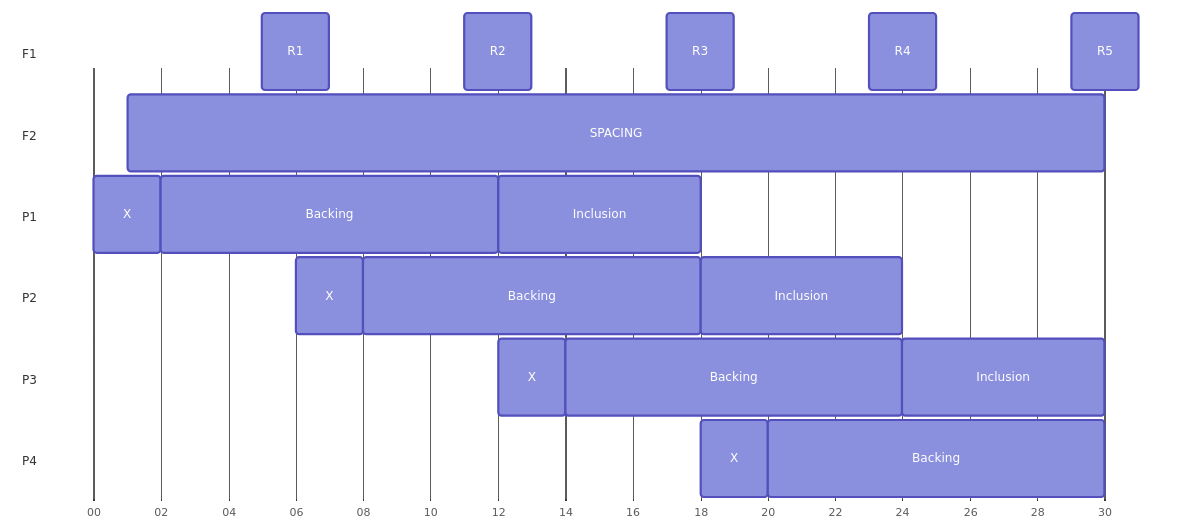
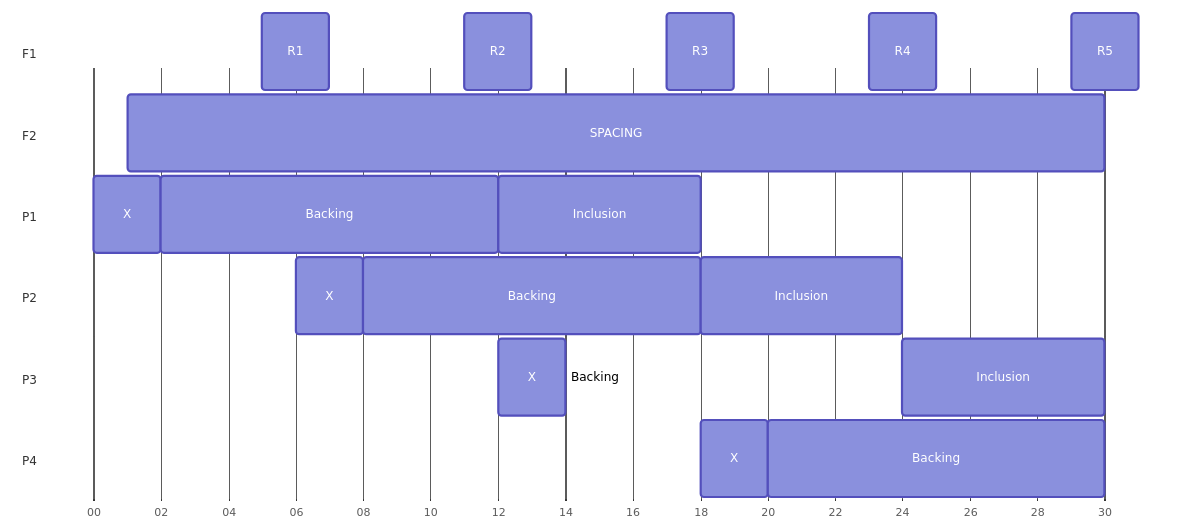
The second of 2 diagrams in reference/parachains/consensus/async-backing.md (polkadot-developers/polkadot-docs), drawn with Mermaid before and after one commit. The commit also changed other lines of this file and 1 other file, not shown here.

````diff
--- a/reference/parachains/consensus/async-backing.md
+++ b/reference/parachains/consensus/async-backing.md
@@ -98,74 +102,74 @@
 ```mermaid
 ---
     displayMode: compact
     config:
         themeCSS: "
             #item1 { fill: #450693; stroke: #450693; } \n
             #item2 { fill: #8C00FF; stroke: #8C00FF; } \n
             #item3 { fill: #FFC400; stroke: #FFC400; } \n
             #r     { fill: #eb4172; stroke:none; font-size: 20px; } \n
             svg text { font-size: 20px !important; } \n
             svg .sectionTitle { font-size: 20px !important; } \n    #p1padTop { display: none; } \n
 
             /* Hide ALL task labels by default */
             text.taskText,
             text.taskTextOutside,
             [class*='taskText'] tspan { display: none !important; } \n
 
             /* Show labels for the 'r' group (inside or outside, incl. tspans) */
             text.taskText[id^='r'],
             text.taskTextOutside[id^='r'],
             text[id^='r'] tspan { display: inline !important; font-size: 20px; color: #000 !important; } \n
 
             /* Keep section titles styled */
             .sectionTitle { fill: #000 !important; font-weight: 700; font-size: 18px; } \n
 
             /* Hide the first two section titles (F1, F2). Change indexes if needed. */
             .sectionTitle:nth-of-type(1),
             .sectionTitle:nth-of-type(2) { display: none !important; } \n
 
             /* Also hide SPACING row labels on the left */
             text.taskTextOutside[id^='p1padTop'] { display: none !important; } \n
         "
         themeVariables:
             sectionBkgColor: '#fff'
         gantt:
             numberSectionStyles: 1
             barHeight: 70
             gridLineStartPadding: 100
 ---
 %%{init: {"gantt": {"barHeight": 70 }}}%%
 gantt
     dateFormat YYYY
     axisFormat %y
     tickInterval '10year'
 
     section F1
     R1 : r, 1905, 1907
     R2 : r, 1911, 1913
     R3 : r, 1917, 1919
     R4 : r, 1923, 1925
     R5 : r, 1929, 1931
 
     section F2
     SPACING : p1padTop, 1901, 1930
 
     section P1
     X         : item1, 1900, 1902
     Backing   : item2, 1902, 1912
     Inclusion : item3, 1912, 1918
 
     section P2
     X         : item1, 1906, 1908
     Backing   : item2, 1908, 1918
     Inclusion : item3, 1918, 1924
     
     section P3
     X         : item1, 1912, 1914
-    Backing   : item2, 1914, 1924
+    Backing   : item2, 1914, 1924f
     Inclusion : item3, 1924, 1930
 
     section P4
     X         : item1, 1918, 1920
     Backing   : item2, 1920, 1930
 ```
````
